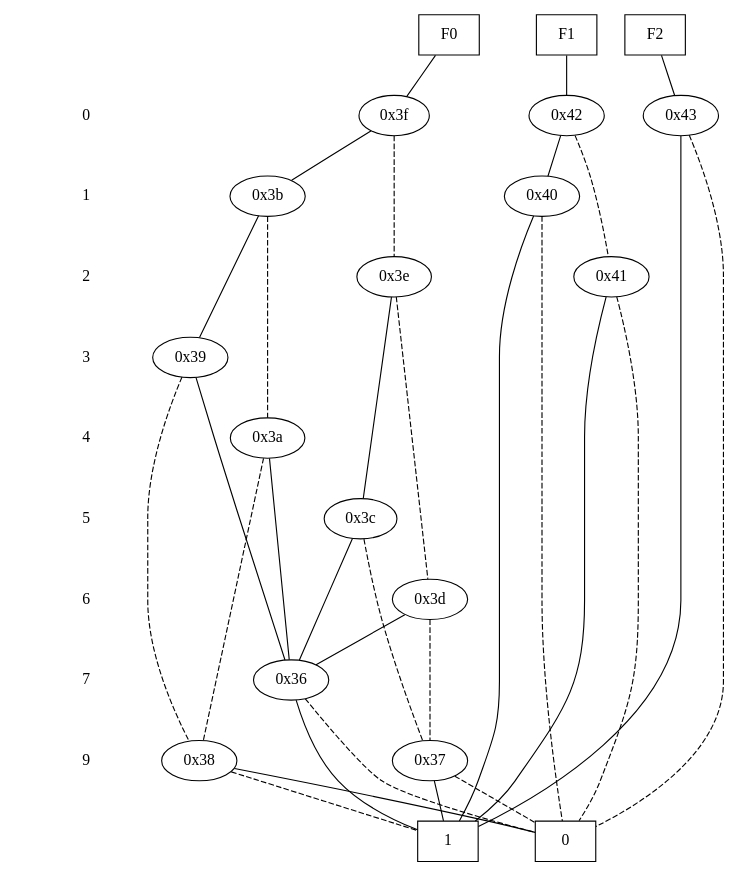
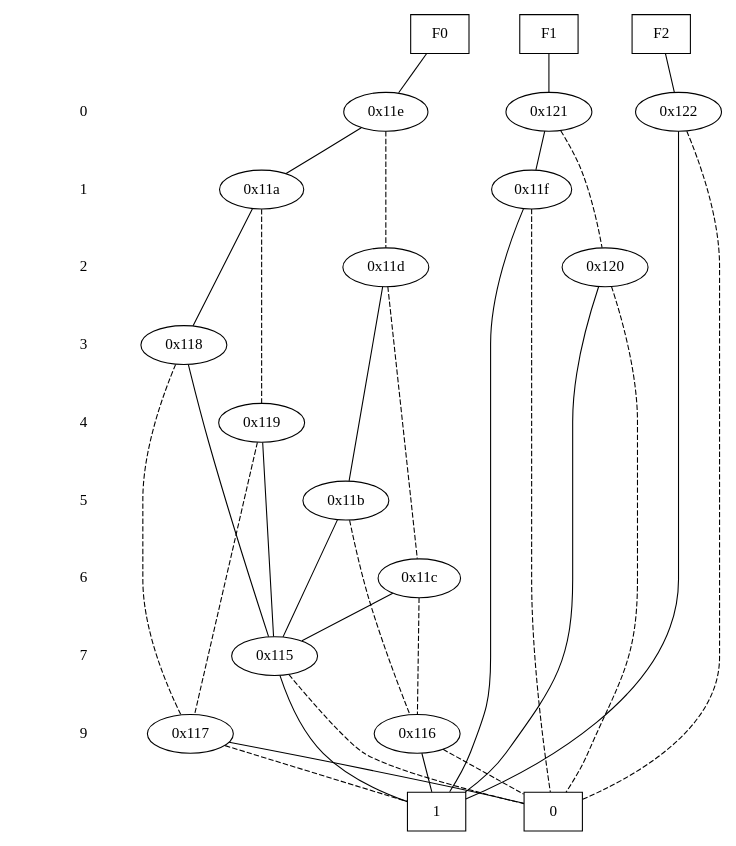
One commit to Tractables/Dice.jl changed the diagram in gaussian_0_4.dot. Above: the diagram before and after it, drawn with Graphviz. The commit also changed 118 other files, not shown here.

```diff
--- a/gaussian_0_4.dot
+++ b/gaussian_0_4.dot
@@ -1,82 +1,82 @@
 digraph "DD" {
 size = "7.5,10"
 center = true;
 edge [dir = none];
 { node [shape = plaintext];
   edge [style = invis];
   "CONST NODES" [style = invis];
 " 0 " -> " 1 " -> " 2 " -> " 3 " -> " 4 " -> " 5 " -> " 6 " -> " 7 " -> " 9 " -> "CONST NODES"; 
 }
 { rank = same; node [shape = box]; edge [style = invis];
 "F0" -> "F1" -> "F2"; }
 { rank = same; " 0 ";
-"0x42";
-"0x43";
-"0x3f";
+"0x11e";
+"0x121";
+"0x122";
 }
 { rank = same; " 1 ";
-"0x40";
-"0x3b";
+"0x11f";
+"0x11a";
 }
 { rank = same; " 2 ";
-"0x3e";
-"0x41";
+"0x11d";
+"0x120";
 }
 { rank = same; " 3 ";
-"0x39";
+"0x118";
 }
 { rank = same; " 4 ";
-"0x3a";
+"0x119";
 }
 { rank = same; " 5 ";
-"0x3c";
+"0x11b";
 }
 { rank = same; " 6 ";
-"0x3d";
+"0x11c";
 }
 { rank = same; " 7 ";
-"0x36";
+"0x115";
 }
 { rank = same; " 9 ";
-"0x38";
-"0x37";
+"0x117";
+"0x116";
 }
 { rank = same; "CONST NODES";
-{ node [shape = box]; "0x16";
-"0x15";
+{ node [shape = box]; "0xf5";
+"0xf4";
 }
 }
-"F0" -> "0x3f" [style = solid];
-"F1" -> "0x42" [style = solid];
-"F2" -> "0x43" [style = solid];
-"0x42" -> "0x40";
-"0x42" -> "0x41" [style = dashed];
-"0x43" -> "0x15";
-"0x43" -> "0x16" [style = dashed];
-"0x3f" -> "0x3b";
-"0x3f" -> "0x3e" [style = dashed];
-"0x40" -> "0x15";
-"0x40" -> "0x16" [style = dashed];
-"0x3b" -> "0x39";
-"0x3b" -> "0x3a" [style = dashed];
-"0x3e" -> "0x3c";
-"0x3e" -> "0x3d" [style = dashed];
-"0x41" -> "0x15";
-"0x41" -> "0x16" [style = dashed];
-"0x39" -> "0x36";
-"0x39" -> "0x38" [style = dashed];
-"0x3a" -> "0x36";
-"0x3a" -> "0x38" [style = dashed];
-"0x3c" -> "0x36";
-"0x3c" -> "0x37" [style = dashed];
-"0x3d" -> "0x36";
-"0x3d" -> "0x37" [style = dashed];
-"0x36" -> "0x15";
-"0x36" -> "0x16" [style = dashed];
-"0x38" -> "0x16";
-"0x38" -> "0x15" [style = dashed];
-"0x37" -> "0x15";
-"0x37" -> "0x16" [style = dashed];
-"0x16" [label = "0"];
-"0x15" [label = "1"];
+"F0" -> "0x11e" [style = solid];
+"F1" -> "0x121" [style = solid];
+"F2" -> "0x122" [style = solid];
+"0x11e" -> "0x11a";
+"0x11e" -> "0x11d" [style = dashed];
+"0x121" -> "0x11f";
+"0x121" -> "0x120" [style = dashed];
+"0x122" -> "0xf4";
+"0x122" -> "0xf5" [style = dashed];
+"0x11f" -> "0xf4";
+"0x11f" -> "0xf5" [style = dashed];
+"0x11a" -> "0x118";
+"0x11a" -> "0x119" [style = dashed];
+"0x11d" -> "0x11b";
+"0x11d" -> "0x11c" [style = dashed];
+"0x120" -> "0xf4";
+"0x120" -> "0xf5" [style = dashed];
+"0x118" -> "0x115";
+"0x118" -> "0x117" [style = dashed];
+"0x119" -> "0x115";
+"0x119" -> "0x117" [style = dashed];
+"0x11b" -> "0x115";
+"0x11b" -> "0x116" [style = dashed];
+"0x11c" -> "0x115";
+"0x11c" -> "0x116" [style = dashed];
+"0x115" -> "0xf4";
+"0x115" -> "0xf5" [style = dashed];
+"0x117" -> "0xf5";
+"0x117" -> "0xf4" [style = dashed];
+"0x116" -> "0xf4";
+"0x116" -> "0xf5" [style = dashed];
+"0xf5" [label = "0"];
+"0xf4" [label = "1"];
 }
```
